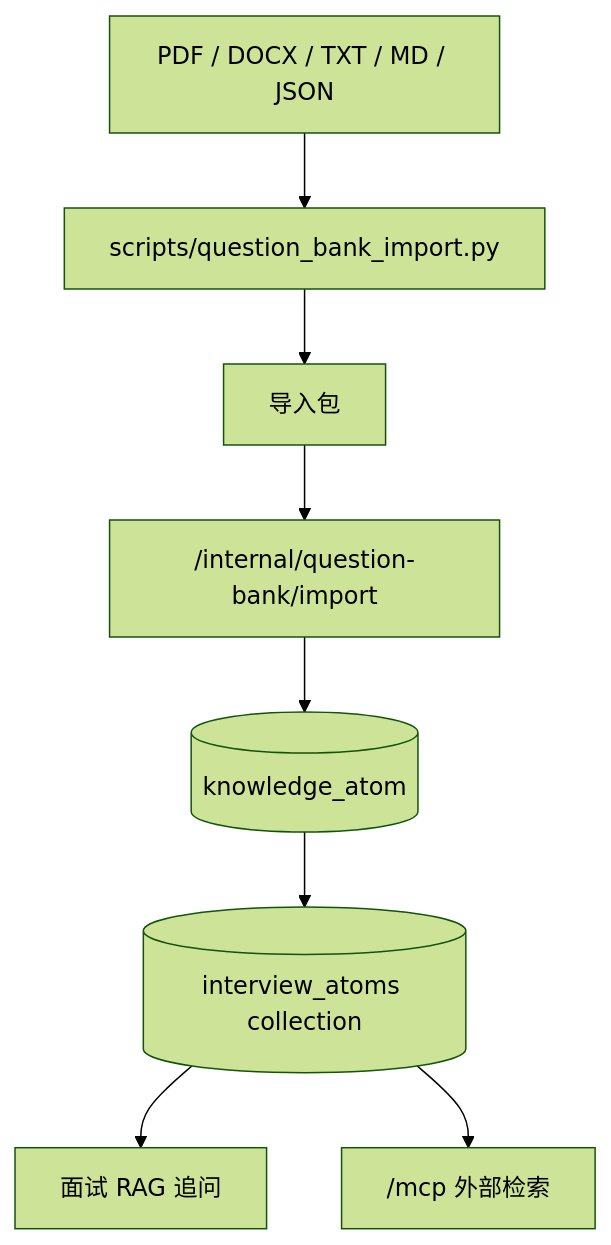
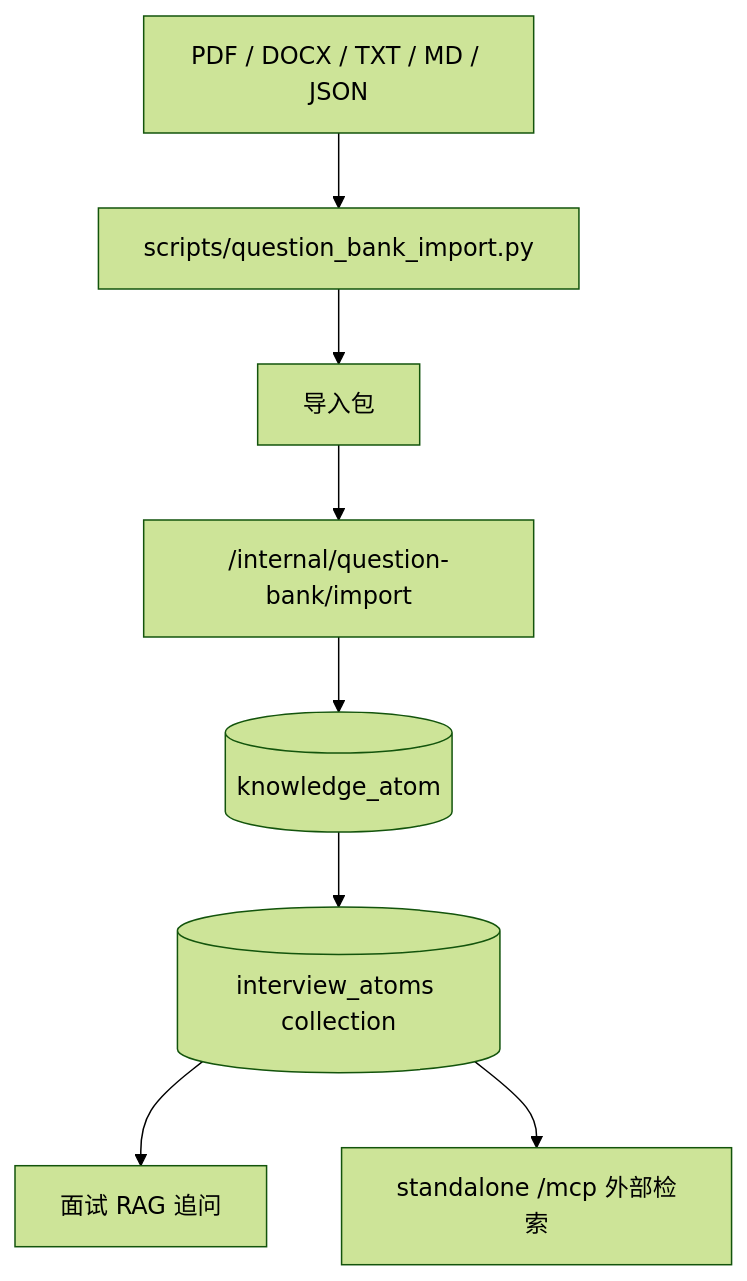
Before and after one commit to nzy0510/AI-Interview: the second of 2 diagrams in README.md, drawn with Mermaid (forest theme). The commit also changed other lines of this file and 22 other files, not shown here.

Commit message:
feat: deploy standalone mcp service

````diff
--- a/README.md
+++ b/README.md
@@ -168,10 +169,10 @@
 ```mermaid
 graph TD
     Source["PDF / DOCX / TXT / MD / JSON"] --> Script["scripts/question_bank_import.py"]
     Script --> Package["导入包"]
     Package --> API["/internal/question-bank/import"]
     API --> MySQL[("knowledge_atom")]
     MySQL --> Qdrant[("interview_atoms collection")]
     Qdrant --> Interview["面试 RAG 追问"]
-    Qdrant --> MCP["/mcp 外部检索"]
+    Qdrant --> MCP["standalone /mcp 外部检索"]
 ```
````
